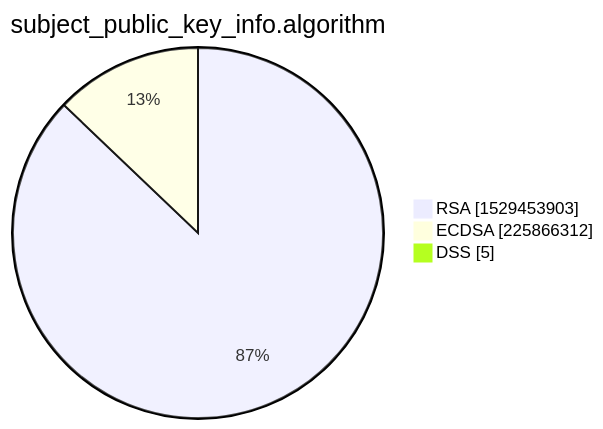
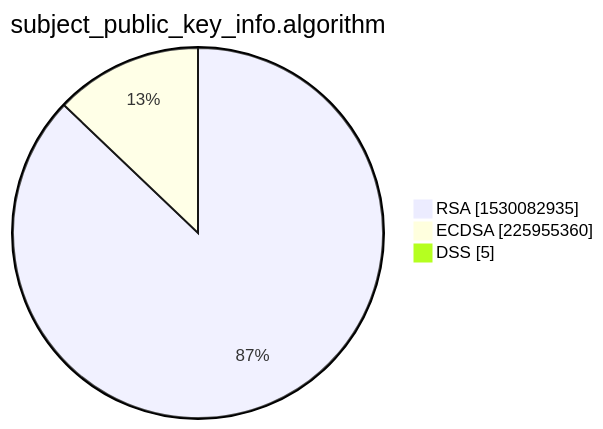
Before and after one commit to christiankrug/ctmonitor_visualization: the third of 15 diagrams in xenon2022/README.md, drawn with Mermaid. The commit also changed other lines of this file, not shown here.

````diff
--- a/xenon2022/README.md
+++ b/xenon2022/README.md
@@ -14,7 +14,7 @@
 ```mermaid
 pie showData
 title subject_public_key_info.algorithm
-"RSA" :1529453903
-"ECDSA" :225866312
+"RSA" :1530082935
+"ECDSA" :225955360
 "DSS" :5
 ```
````
